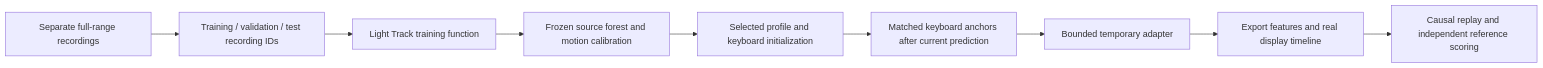
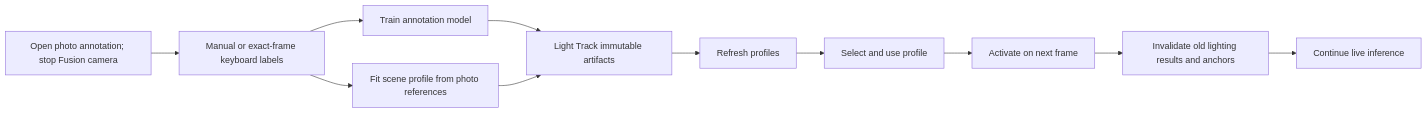
Before and after one commit to Comb1e/windows-turn: the third of 3 diagrams in fusion/docs/architecture.md, drawn with Mermaid. The commit also changed other lines of this file and 22 other files, not shown here.

Commit message:
Replace Fusion sweep calibration with photo annotation workflow

````diff
--- a/fusion/docs/architecture.md
+++ b/fusion/docs/architecture.md
@@ -89,11 +45,13 @@
 ```mermaid
 flowchart LR
-    Source[Separate full-range recordings] --> Split[Training / validation / test recording IDs]
-    Split --> Train[Light Track training function]
-    Train --> Model[Frozen source forest and motion calibration]
-    Model --> New[Selected profile and keyboard initialization]
-    New --> Online[Matched keyboard anchors after current prediction]
-    Online --> Temporary[Bounded temporary adapter]
-    Temporary --> Export[Export features and real display timeline]
-    Export --> Replay[Causal replay and independent reference scoring]
+  Link[Open photo annotation; stop Fusion camera] --> Photos[Manual or exact-frame keyboard labels]
+  Photos --> Train[Train annotation model]
+  Photos --> Fit[Fit scene profile from photo references]
+  Train --> Store[Light Track immutable artifacts]
+  Fit --> Store
+  Store --> Refresh[Refresh profiles]
+  Refresh --> Select[Select and use profile]
+  Select --> Boundary[Activate on next frame]
+  Boundary --> Reset[Invalidate old lighting results and anchors]
+  Reset --> Inference[Continue live inference]
 ```
````
